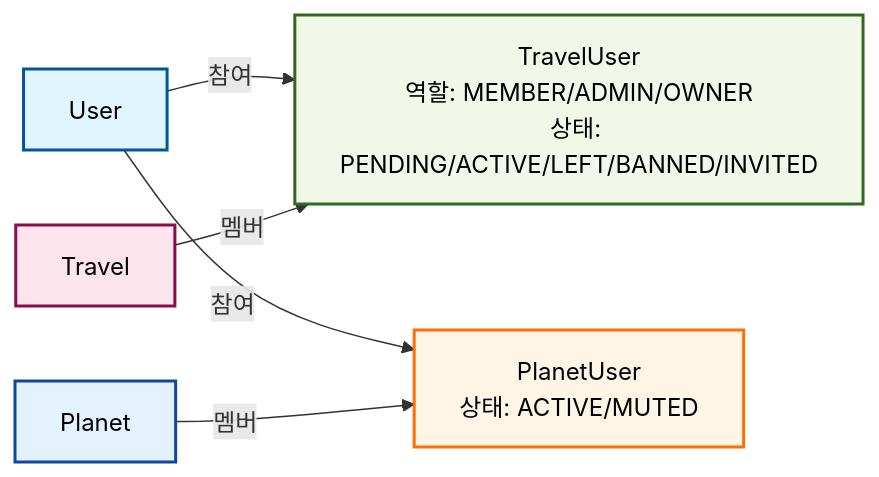
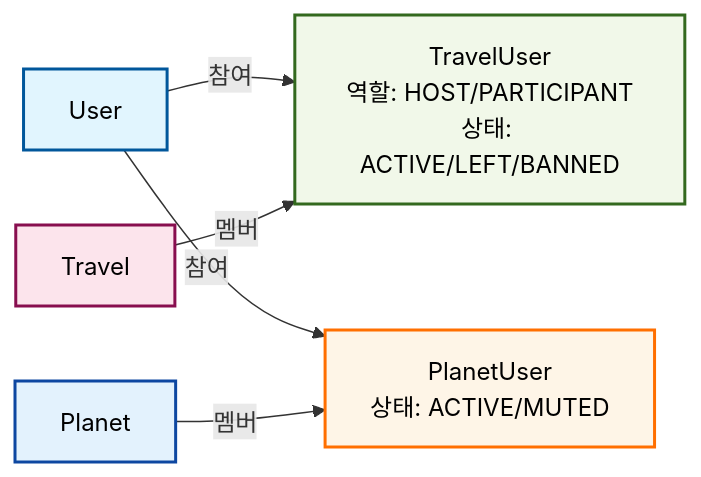
One commit to maximizest/connecto-nest changed the fourth of 6 diagrams in .md/entity-relationship-diagram.md. Above: the diagram before and after it, drawn with Mermaid. The commit also changed other lines of this file and 60 other files, not shown here.

Commit message:
여행 사용자 엔티티 필드 및 역할/상태 정의 변경: TravelUser 엔티티의 역할을 HOST/PARTICIPANT로 수정하고, 상태를 ACTIVE/LEFT/BANNED로 업데이트함. 관련 문서에서 변경 사항을 반영하고, 불필요한 필드를 제거하여 사용자 관리 기능을 강화함.

````diff
--- a/.md/entity-relationship-diagram.md
+++ b/.md/entity-relationship-diagram.md
@@ -86,19 +86,19 @@
 ```mermaid
 graph LR
     User[User]
     Travel[Travel]
     Planet[Planet]
-    TravelUser[TravelUser<br/>역할: MEMBER/ADMIN/OWNER<br/>상태: PENDING/ACTIVE/LEFT/BANNED/INVITED]
+    TravelUser[TravelUser<br/>역할: HOST/PARTICIPANT<br/>상태: ACTIVE/LEFT/BANNED]
     PlanetUser[PlanetUser<br/>상태: ACTIVE/MUTED]
     
     User -->|참여| TravelUser
     Travel -->|멤버| TravelUser
     User -->|참여| PlanetUser
     Planet -->|멤버| PlanetUser
     
     style User fill:#e1f5fe,stroke:#01579b,stroke-width:2px,color:#000
     style Travel fill:#fce4ec,stroke:#880e4f,stroke-width:2px,color:#000
     style Planet fill:#e3f2fd,stroke:#0d47a1,stroke-width:2px,color:#000
     style TravelUser fill:#f1f8e9,stroke:#33691e,stroke-width:2px,color:#000
     style PlanetUser fill:#fef5e7,stroke:#ff6f00,stroke-width:2px,color:#000
 ```
````
